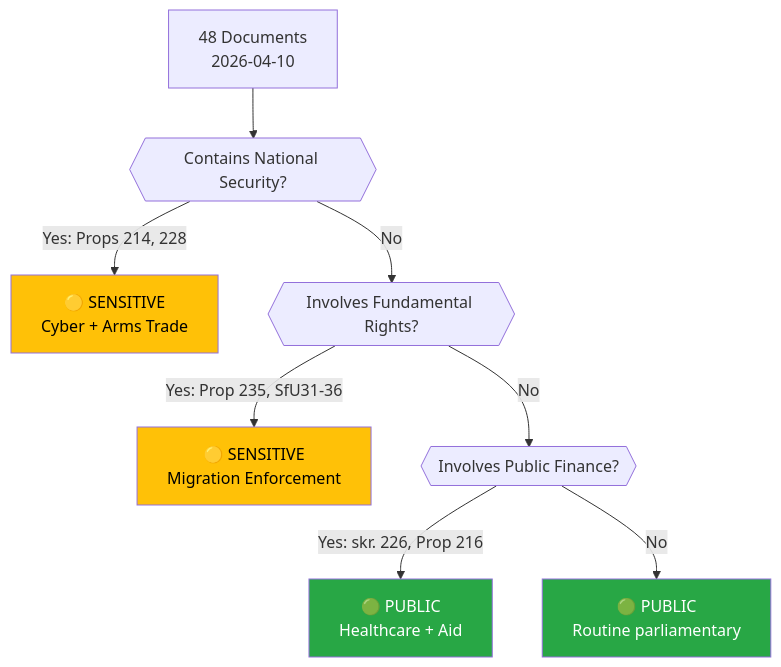
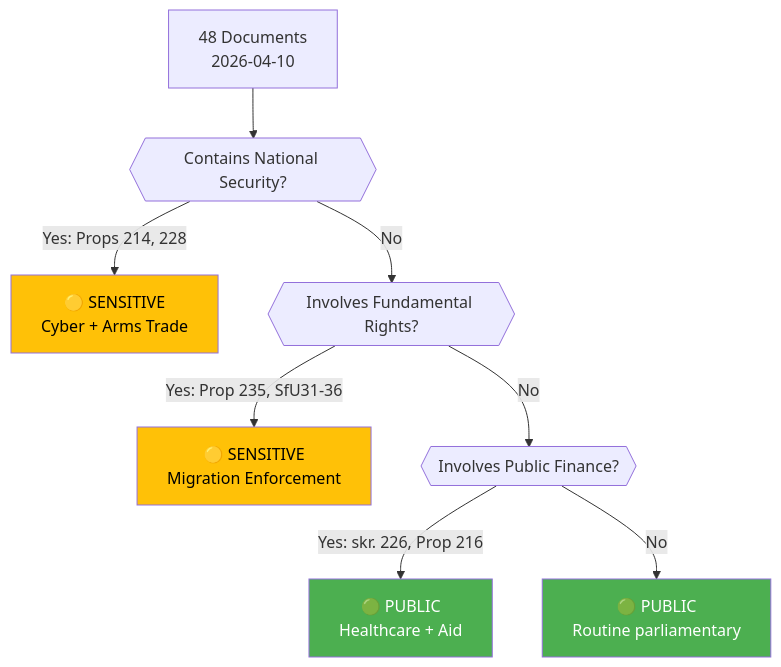
The diagram in analysis/daily/2026-04-10/evening-analysis/classification-results.md (Hack23/riksdagsmonitor), drawn with Mermaid before and after one commit. The commit also changed 785 other files, not shown here.

First line of the commit message:
Normalize mermaid colors across 786 analysis artifacts to ISMS Style Guide palette

````diff
--- a/analysis/daily/2026-04-10/evening-analysis/classification-results.md
+++ b/analysis/daily/2026-04-10/evening-analysis/classification-results.md
@@ -15,15 +15,15 @@
 ```mermaid
 graph TD
     A["48 Documents<br/>2026-04-10"] --> B{{"Contains National Security?"}}
     B -->|"Yes: Props 214, 228"| C["🟡 SENSITIVE<br/>Cyber + Arms Trade"]
     B -->|"No"| D{{"Involves Fundamental Rights?"}}
     D -->|"Yes: Prop 235, SfU31-36"| E["🟡 SENSITIVE<br/>Migration Enforcement"]
     D -->|"No"| F{{"Involves Public Finance?"}}
     F -->|"Yes: skr. 226, Prop 216"| G["🟢 PUBLIC<br/>Healthcare + Aid"]
     F -->|"No"| H["🟢 PUBLIC<br/>Routine parliamentary"]
 
-    style C fill:#ffc107,color:#000
-    style E fill:#ffc107,color:#000
-    style G fill:#28a745,color:#fff
-    style H fill:#28a745,color:#fff
+    style C fill:#FFC107,color:#000000
+    style E fill:#FFC107,color:#000000
+    style G fill:#4CAF50,color:#FFFFFF
+    style H fill:#4CAF50,color:#FFFFFF
 ```
````
